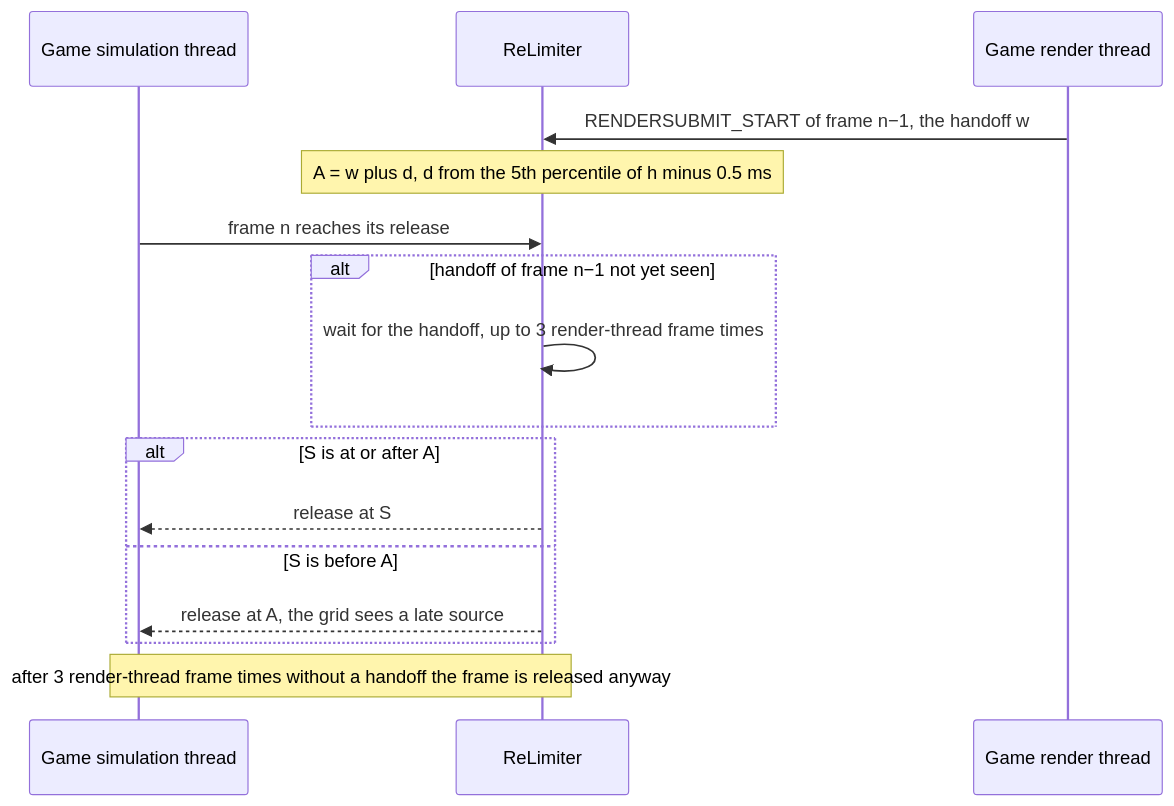
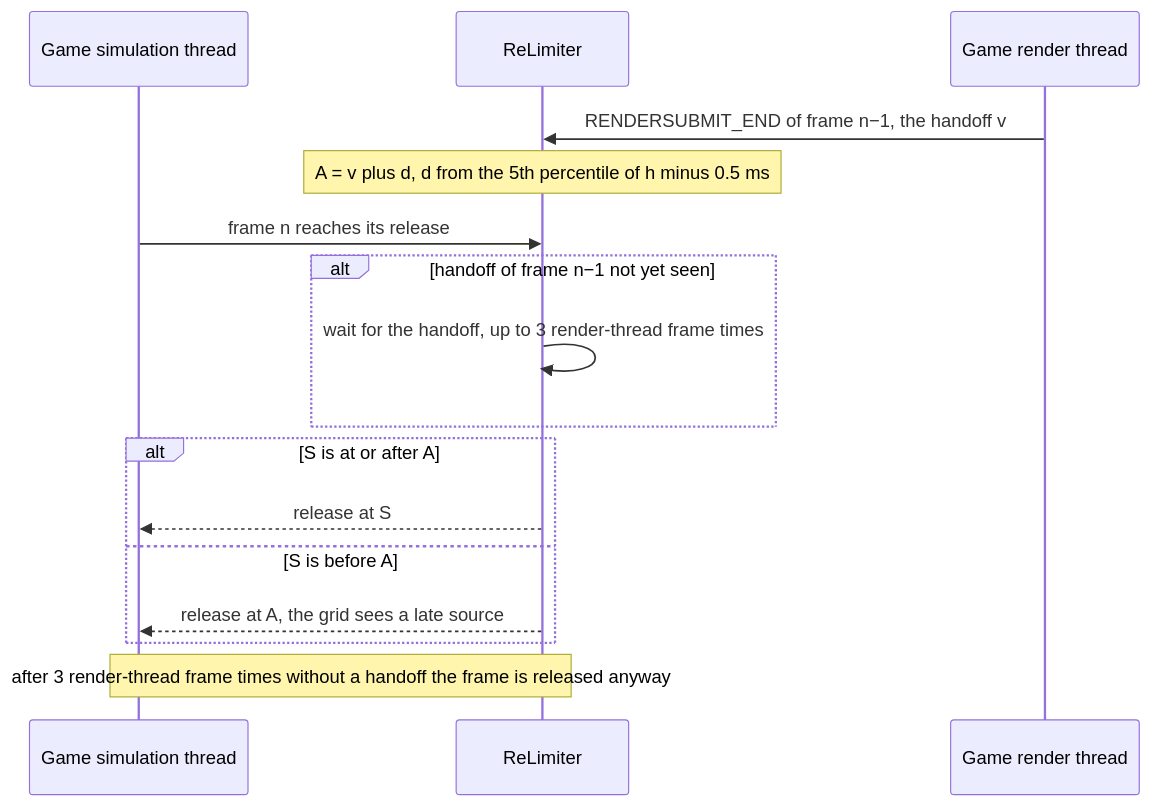
The ninth of 12 diagrams in docs/FRAME_PACING.md (RankFTW/ReLimiter), drawn with Mermaid before and after one commit. The commit also changed other lines of this file and 20 other files, not shown here.

First line of the commit message:
Render handoff limit: release after the render thread finishes submitting

````diff
--- a/docs/FRAME_PACING.md
+++ b/docs/FRAME_PACING.md
@@ -450,18 +450,18 @@
 ```mermaid
 sequenceDiagram
     participant Sim as Game simulation thread
     participant RL as ReLimiter
     participant Render as Game render thread
-    Render->>RL: RENDERSUBMIT_START of frame n−1, the handoff w
-    Note over RL: A = w plus d, d from the 5th percentile of h minus 0.5 ms
+    Render->>RL: RENDERSUBMIT_END of frame n−1, the handoff v
+    Note over RL: A = v plus d, d from the 5th percentile of h minus 0.5 ms
     Sim->>RL: frame n reaches its release
     alt handoff of frame n−1 not yet seen
         RL->>RL: wait for the handoff, up to 3 render-thread frame times
     end
     alt S is at or after A
         RL-->>Sim: release at S
     else S is before A
         RL-->>Sim: release at A, the grid sees a late source
     end
     Note over RL,Sim: after 3 render-thread frame times without a handoff the frame is released anyway
 ```
````
